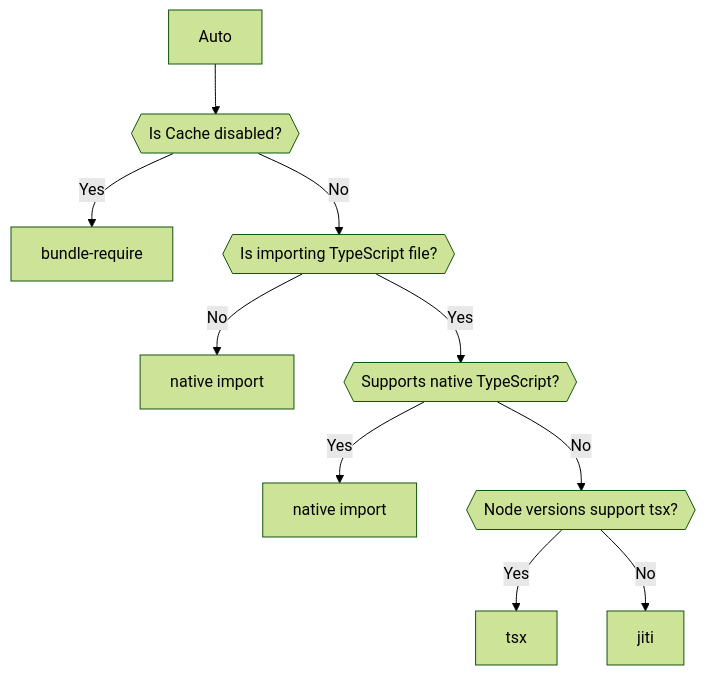
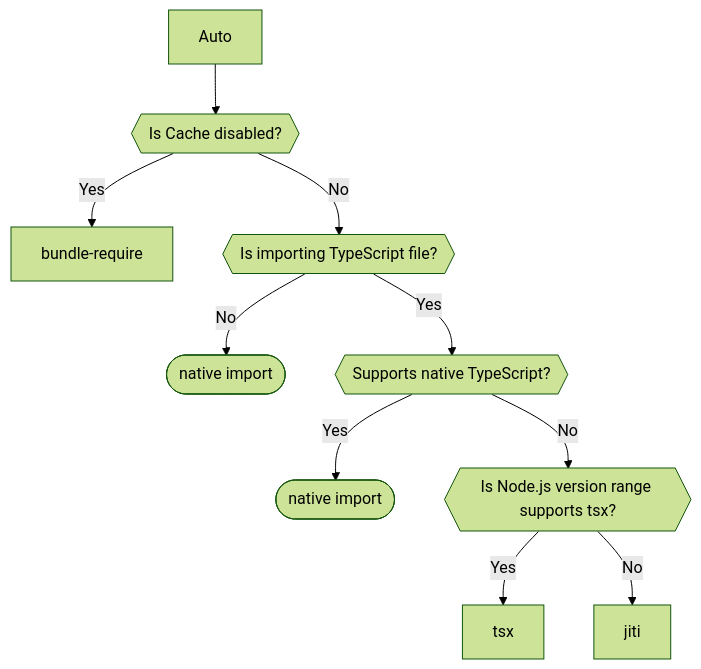
One commit to antfu-collective/importx changed the diagram in README.md. Above: the diagram before and after it, drawn with Mermaid (forest theme).

Commit message:
chore: update graph

````diff
--- a/README.md
+++ b/README.md
@@ -45,12 +45,12 @@
 ```mermaid
 graph TD
   A[Auto] --> B{{"Is Cache disabled?"}}
   B --> |Yes| C[bundle-require]
   B --> |No| IsTS{{"Is importing TypeScript file?"}}
-  IsTS --> |No| Z[native import]
+  IsTS --> |No| Z([native import])
   IsTS --> |Yes| D{{"Supports native TypeScript?"}}
-  D --> |Yes| E[native import]
-  D --> |No| F{{"Node versions support tsx?"}}
+  D --> |Yes| E([native import])
+  D --> |No| F{{"Is Node.js version range supports tsx?"}}
   F --> |Yes| G[tsx]
   F --> |No| H[jiti]
 ```
````
